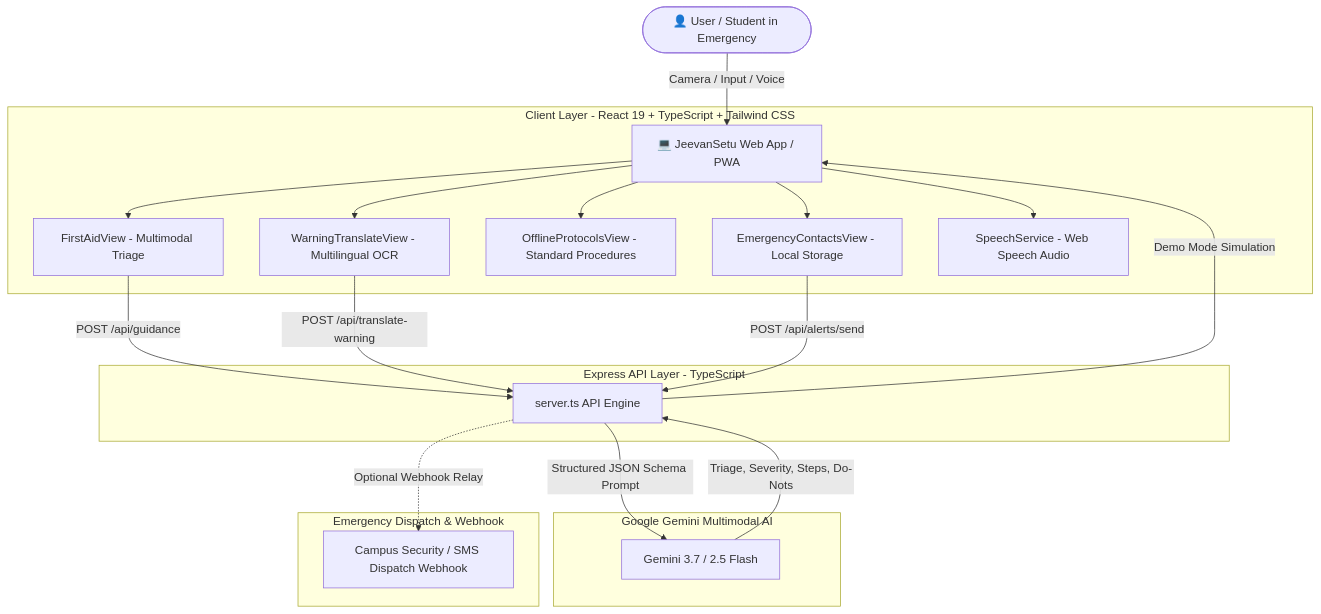
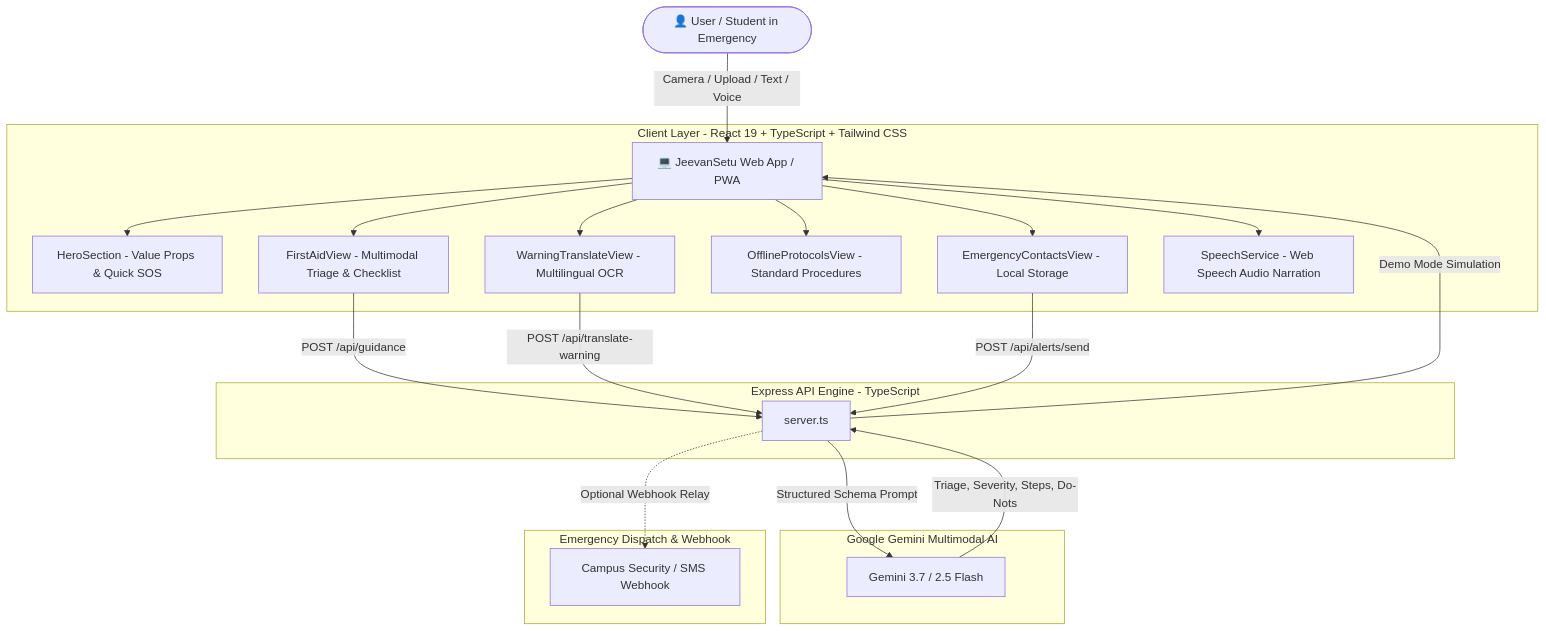
One commit to rishabh0510rishabh/JeevanSetu changed the diagram in README.md. Above: the diagram before and after it, drawn with Mermaid. The commit also changed other lines of this file and 2 other files, not shown here.

````diff
--- a/README.md
+++ b/README.md
@@ -59,28 +171,29 @@
 ```mermaid
 graph TD
-    User([👤 User / Student in Emergency]) -->|Camera / Input / Voice| Client[💻 JeevanSetu Web App / PWA]
+    User([👤 User / Student in Emergency]) -->|Camera / Upload / Text / Voice| Client[💻 JeevanSetu Web App / PWA]
 
     subgraph Frontend [Client Layer - React 19 + TypeScript + Tailwind CSS]
-        Client --> FA[FirstAidView - Multimodal Triage]
+        Client --> Hero[HeroSection - Value Props & Quick SOS]
+        Client --> FA[FirstAidView - Multimodal Triage & Checklist]
         Client --> TR[WarningTranslateView - Multilingual OCR]
         Client --> OP[OfflineProtocolsView - Standard Procedures]
         Client --> EC[EmergencyContactsView - Local Storage]
-        Client --> SP[SpeechService - Web Speech Audio]
+        Client --> SP[SpeechService - Web Speech Audio Narration]
     end
 
-    subgraph Backend [Express API Layer - TypeScript]
-        FA -->|POST /api/guidance| Server[server.ts API Engine]
+    subgraph Backend [Express API Engine - TypeScript]
+        FA -->|POST /api/guidance| Server[server.ts]
         TR -->|POST /api/translate-warning| Server
         EC -->|POST /api/alerts/send| Server
     end
 
     subgraph Intelligence [Google Gemini Multimodal AI]
-        Server -->|Structured JSON Schema Prompt| Gemini[Gemini 3.7 / 2.5 Flash]
+        Server -->|Structured Schema Prompt| Gemini[Gemini 3.7 / 2.5 Flash]
         Gemini -->|Triage, Severity, Steps, Do-Nots| Server
     end
 
     subgraph Dispatch [Emergency Dispatch & Webhook]
-        Server -.->|Optional Webhook Relay| Webhook[Campus Security / SMS Dispatch Webhook]
+        Server -.->|Optional Webhook Relay| Webhook[Campus Security / SMS Webhook]
         Server -->|Demo Mode Simulation| Client
     end
 ```
````
